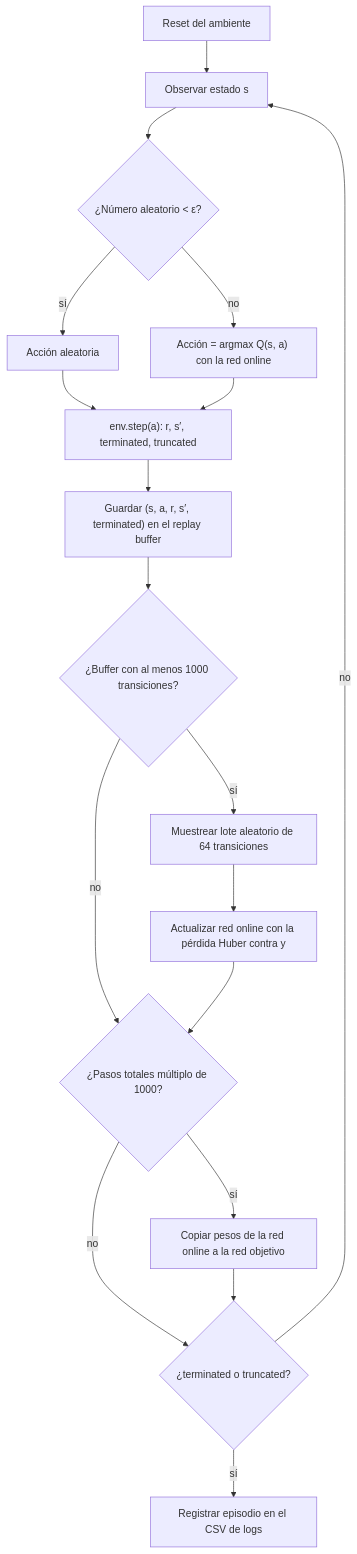
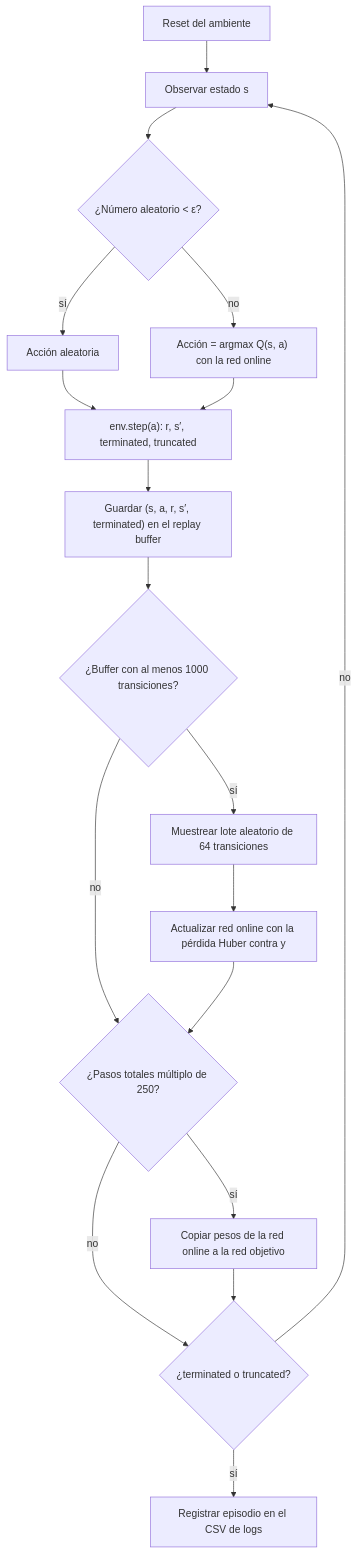
Before and after one commit to cesa96/taller2_dqn: the diagram in README.md, drawn with Mermaid. The commit also changed other lines of this file and 1 other file, not shown here.

````diff
--- a/README.md
+++ b/README.md
@@ -120,20 +139,20 @@
 ```mermaid
 flowchart TD
     A[Reset del ambiente] --> B[Observar estado s]
     B --> C{"¿Número aleatorio < ε?"}
     C -- sí --> D[Acción aleatoria]
     C -- no --> E["Acción = argmax Q(s, a) con la red online"]
     D --> F["env.step(a): r, s′, terminated, truncated"]
     E --> F
     F --> G["Guardar (s, a, r, s′, terminated) en el replay buffer"]
     G --> H{"¿Buffer con al menos 1000 transiciones?"}
     H -- no --> K
     H -- sí --> I[Muestrear lote aleatorio de 64 transiciones]
     I --> J["Actualizar red online con la pérdida Huber contra y"]
-    J --> K{"¿Pasos totales múltiplo de 1000?"}
+    J --> K{"¿Pasos totales múltiplo de 250?"}
     K -- sí --> L["Copiar pesos de la red online a la red objetivo"]
     K -- no --> M
     L --> M{"¿terminated o truncated?"}
     M -- no --> B
     M -- sí --> N["Registrar episodio en el CSV de logs"]
 ```
````
